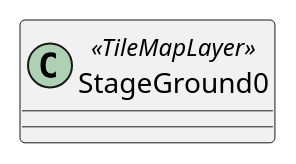
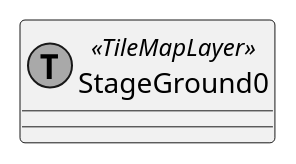
One commit to tkmfujise/Platformer-Game-Learning changed the diagram in content/scenes/src/stages/0/staege_ground_0.tscn.adoc. Above: the diagram before and after it, drawn with PlantUML. The commit also changed 69 other files, not shown here.

Commit message:
Change scene diagram class color

```diff
--- a/content/scenes/src/stages/0/staege_ground_0.tscn.adoc
+++ b/content/scenes/src/stages/0/staege_ground_0.tscn.adoc
@@ -9,7 +9,7 @@
 [plantuml]
 ....
-class ROOT as "StageGround0" <<TileMapLayer>> {
+class ROOT as "StageGround0" <<(T,darkgray) TileMapLayer>> {
 }
 left to right direction
 
 ....
```
